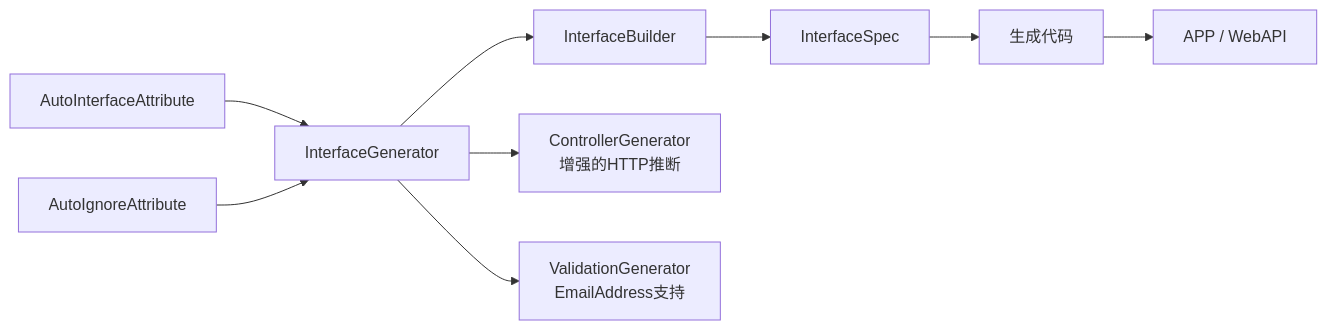
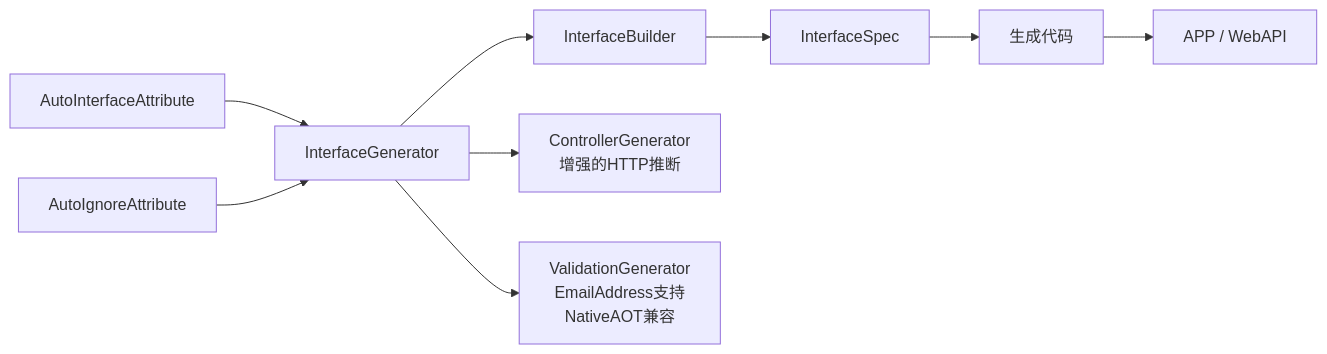
The seventh of 7 diagrams in .qoder/repowiki/zh/content/源代码生成器/源代码生成器.md (alivy/AutoCode), drawn with Mermaid before and after one commit. The commit also changed other lines of this file and 5 other files, not shown here.

````diff
--- a/.qoder/repowiki/zh/content/源代码生成器/源代码生成器.md
+++ b/.qoder/repowiki/zh/content/源代码生成器/源代码生成器.md
@@ -392,11 +403,11 @@
 ```mermaid
 graph LR
 Attr["AutoInterfaceAttribute"] --> Gen["InterfaceGenerator"]
 Ignore["AutoIgnoreAttribute"] --> Gen
 Gen --> Bld["InterfaceBuilder"]
 Bld --> Spc["InterfaceSpec"]
 Gen --> Ctrl["ControllerGenerator<br/>增强的HTTP推断"]
-Gen --> Val["ValidationGenerator<br/>EmailAddress支持"]
+Gen --> Val["ValidationGenerator<br/>EmailAddress支持<br/>NativeAOT兼容"]
 Spc --> Out["生成代码"]
 Out --> App["APP / WebAPI"]
 ```
````
